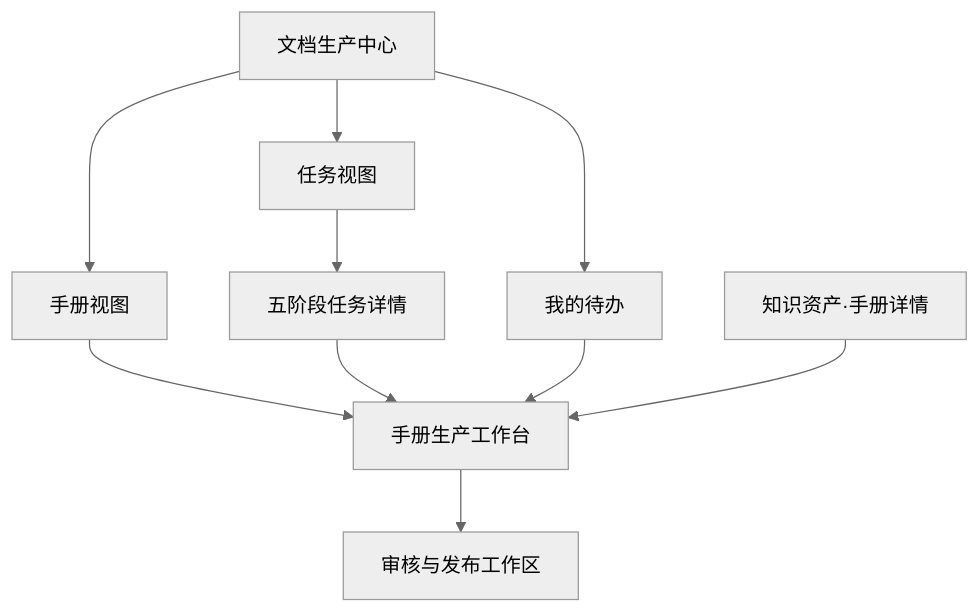
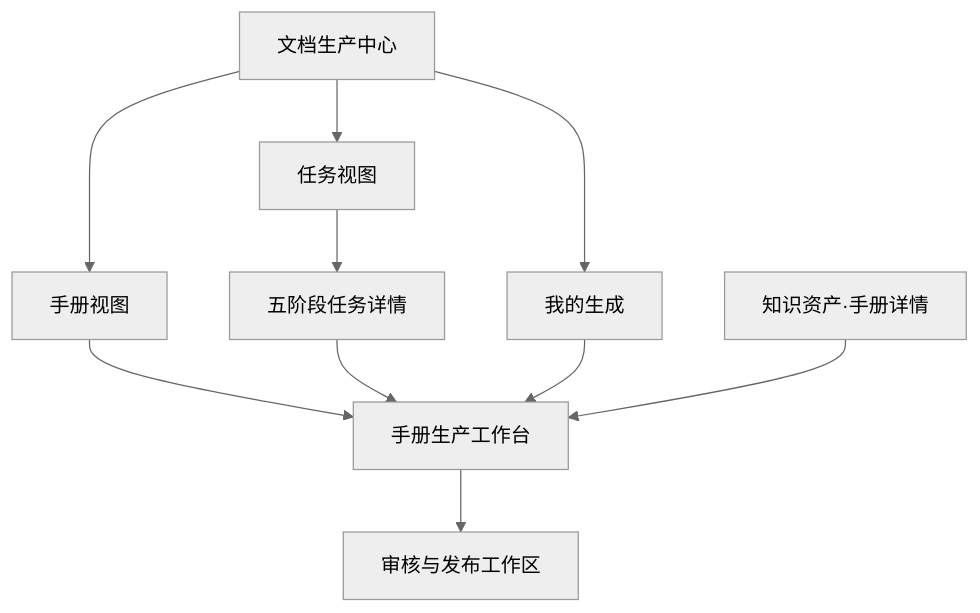
The third of 3 diagrams in .codex/知识中心建设平台/03-详细设计/知识中心-文档生产-详细设计文档.md (heyyang0210/kb-builder), drawn with Mermaid (neutral theme) before and after one commit. The commit also changed other lines of this file and 53 other files, not shown here.

````diff
--- a/.codex/知识中心建设平台/03-详细设计/知识中心-文档生产-详细设计文档.md
+++ b/.codex/知识中心建设平台/03-详细设计/知识中心-文档生产-详细设计文档.md
@@ -1012,13 +1012,13 @@
 ```mermaid
 flowchart TB
     P[文档生产中心]
     P --> H[手册视图]
     P --> T[任务视图]
-    P --> M[我的待办]
+    P --> M[我的生成]
     H --> W[手册生产工作台]
     T --> D[五阶段任务详情]
     D --> W
     M --> W
     A[知识资产·手册详情] --> W
     W --> R[审核与发布工作区]
 ```
````
